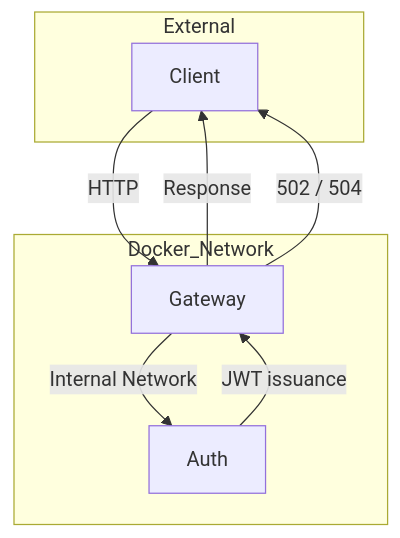
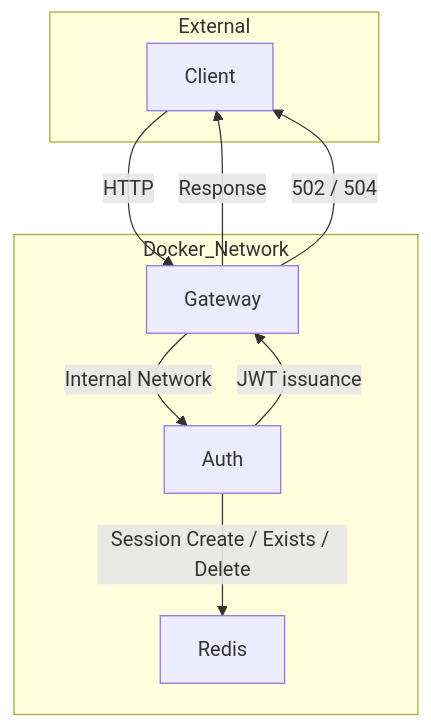
The diagram in README.md (asasia1935/identity-platform), drawn with Mermaid before and after one commit. The commit also changed other lines of this file, not shown here.

First line of the commit message:
docs(readme): update README for Redis-backed session flow

````diff
--- a/README.md
+++ b/README.md
@@ -40,20 +48,22 @@
 ```mermaid
 flowchart TD
 
 subgraph External
     Client
 end
 
 subgraph Docker_Network
     Gateway
     Auth
+    Redis
 end
 
 Client -->|HTTP| Gateway
 Gateway -->|Internal Network| Auth
+Auth -->|Session Create / Exists / Delete| Redis
 
 Auth -->|JWT issuance| Gateway
 Gateway -->|Response| Client
 
 Gateway -->|502 / 504| Client
 ```
````
